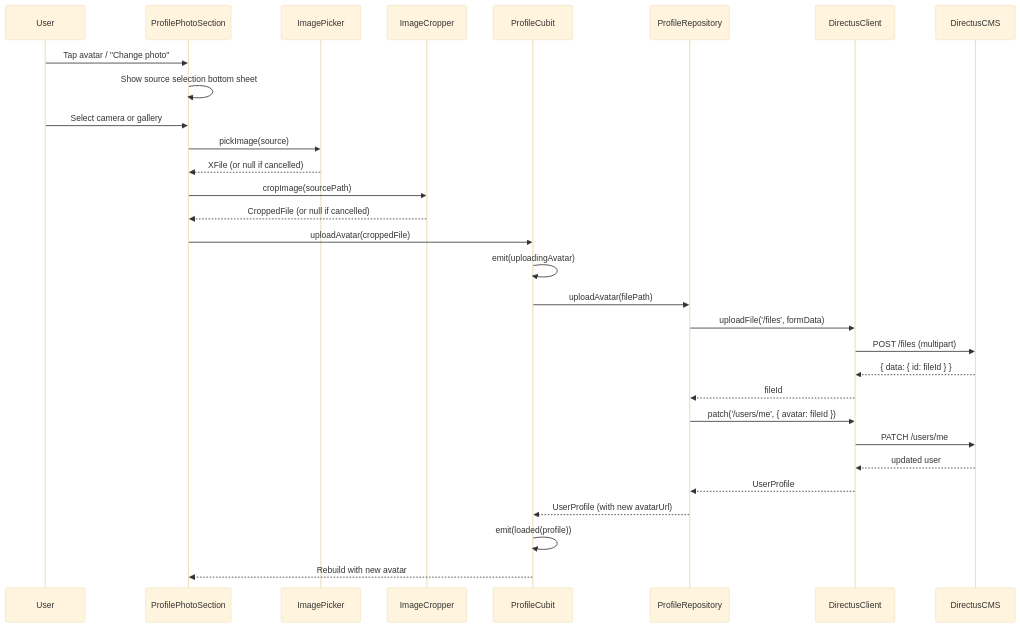
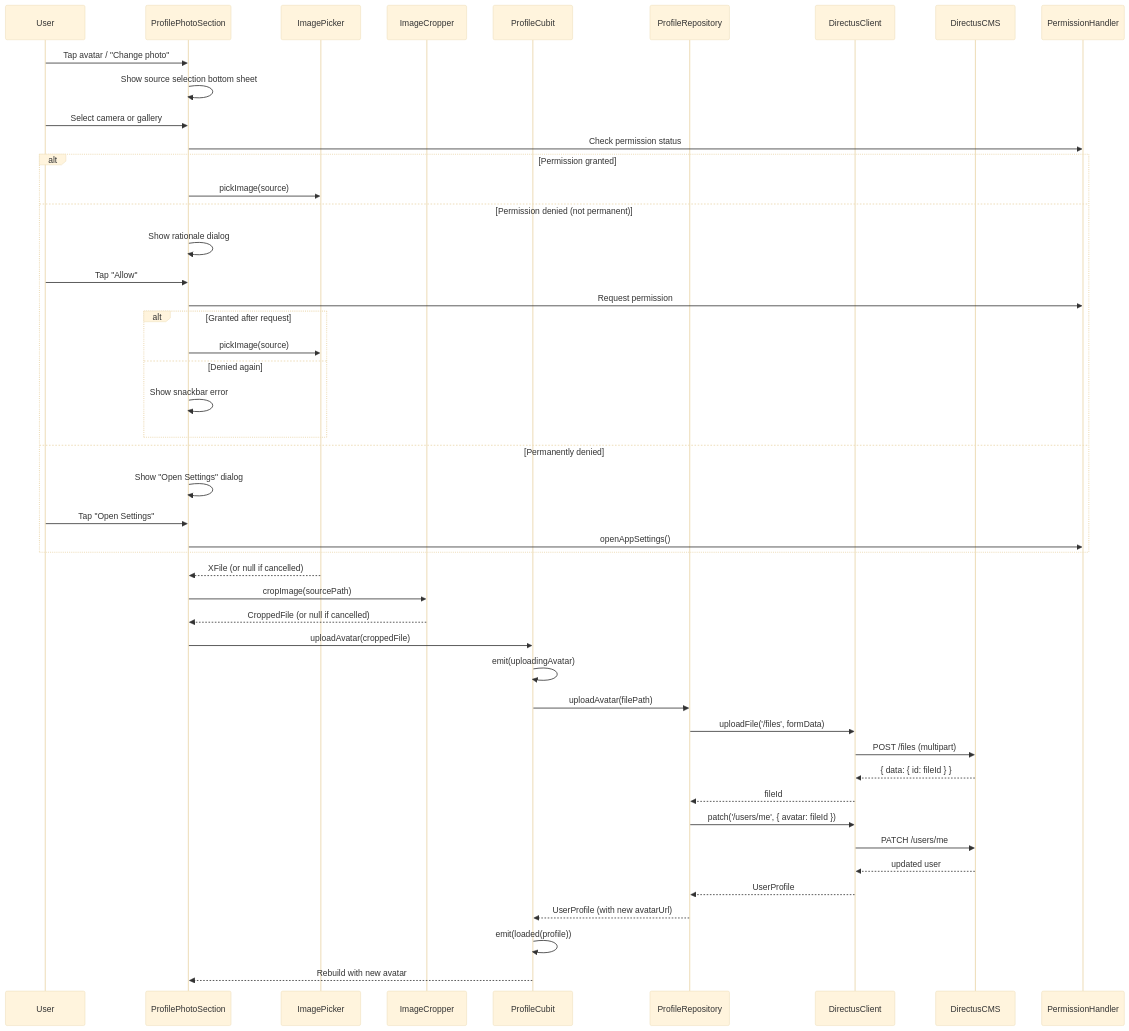
The diagram in .kiro/specs/profile-avatar-upload/design.md (mjablecnik/DanceeApp), drawn with Mermaid (base theme) before and after one commit. The commit also changed other lines of this file and 1 other file, not shown here.

Commit message:
feat: implement granular permission handling for profile avatar upload

````diff
--- a/.kiro/specs/profile-avatar-upload/design.md
+++ b/.kiro/specs/profile-avatar-upload/design.md
@@ -18,33 +19,49 @@
 ```mermaid
 sequenceDiagram
     participant User
     participant ProfilePhotoSection
     participant ImagePicker
     participant ImageCropper
     participant ProfileCubit
     participant ProfileRepository
     participant DirectusClient
     participant DirectusCMS
 
     User->>ProfilePhotoSection: Tap avatar / "Change photo"
     ProfilePhotoSection->>ProfilePhotoSection: Show source selection bottom sheet
     User->>ProfilePhotoSection: Select camera or gallery
-    ProfilePhotoSection->>ImagePicker: pickImage(source)
+    ProfilePhotoSection->>PermissionHandler: Check permission status
+    alt Permission granted
+        ProfilePhotoSection->>ImagePicker: pickImage(source)
+    else Permission denied (not permanent)
+        ProfilePhotoSection->>ProfilePhotoSection: Show rationale dialog
+        User->>ProfilePhotoSection: Tap "Allow"
+        ProfilePhotoSection->>PermissionHandler: Request permission
+        alt Granted after request
+            ProfilePhotoSection->>ImagePicker: pickImage(source)
+        else Denied again
+            ProfilePhotoSection->>ProfilePhotoSection: Show snackbar error
+        end
+    else Permanently denied
+        ProfilePhotoSection->>ProfilePhotoSection: Show "Open Settings" dialog
+        User->>ProfilePhotoSection: Tap "Open Settings"
+        ProfilePhotoSection->>PermissionHandler: openAppSettings()
+    end
     ImagePicker-->>ProfilePhotoSection: XFile (or null if cancelled)
     ProfilePhotoSection->>ImageCropper: cropImage(sourcePath)
     ImageCropper-->>ProfilePhotoSection: CroppedFile (or null if cancelled)
     ProfilePhotoSection->>ProfileCubit: uploadAvatar(croppedFile)
     ProfileCubit->>ProfileCubit: emit(uploadingAvatar)
     ProfileCubit->>ProfileRepository: uploadAvatar(filePath)
     ProfileRepository->>DirectusClient: uploadFile('/files', formData)
     DirectusClient->>DirectusCMS: POST /files (multipart)
     DirectusCMS-->>DirectusClient: { data: { id: fileId } }
     DirectusClient-->>ProfileRepository: fileId
     ProfileRepository->>DirectusClient: patch('/users/me', { avatar: fileId })
     DirectusClient->>DirectusCMS: PATCH /users/me
     DirectusCMS-->>DirectusClient: updated user
     DirectusClient-->>ProfileRepository: UserProfile
     ProfileRepository-->>ProfileCubit: UserProfile (with new avatarUrl)
     ProfileCubit->>ProfileCubit: emit(loaded(profile))
     ProfileCubit-->>ProfilePhotoSection: Rebuild with new avatar
 ```
````
